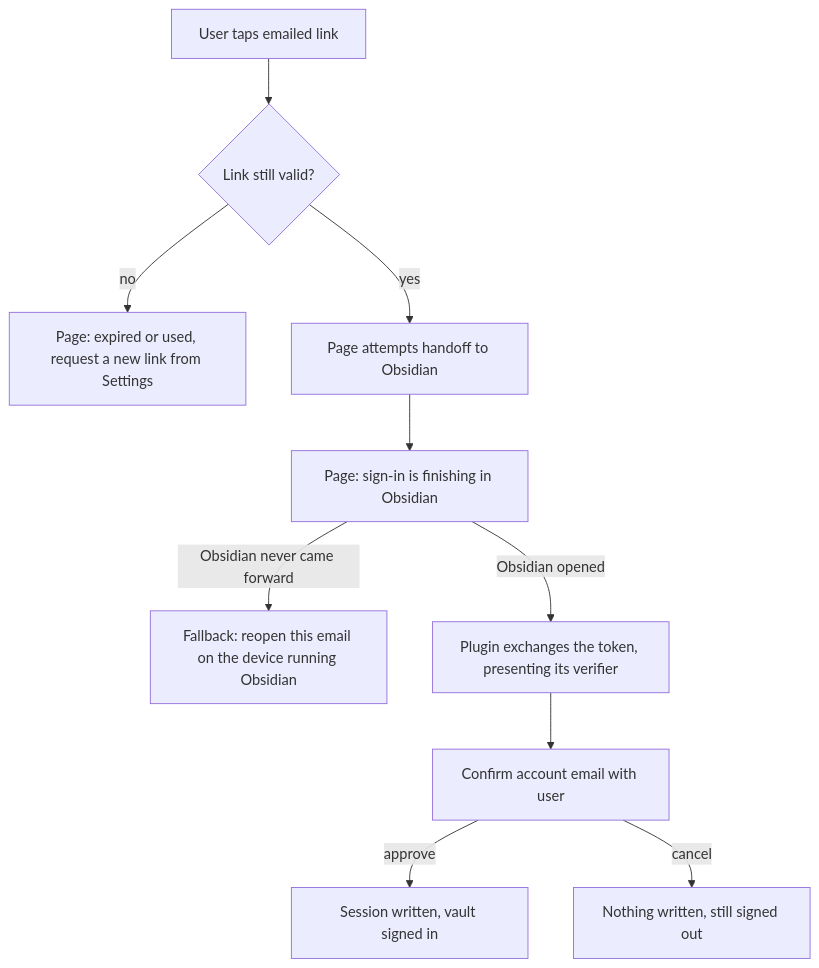
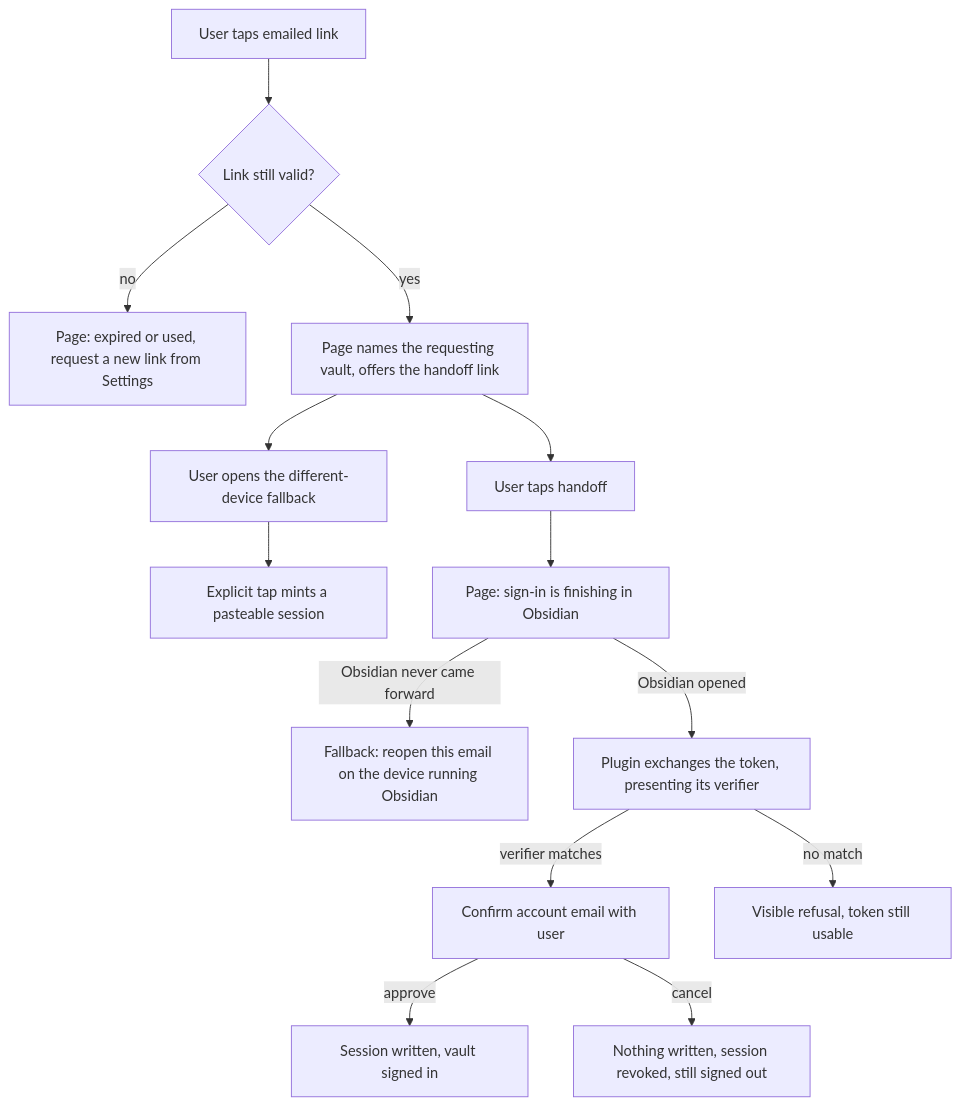
The first of 3 diagrams in docs/plans/2026-08-05-240-feat-magic-link-plugin-handoff-plan.md (taihartman/obsidian-atoms), drawn with Mermaid before and after one commit. The commit also changed other lines of this file and 1 other file, not shown here.

````diff
--- a/docs/plans/2026-08-05-240-feat-magic-link-plugin-handoff-plan.md
+++ b/docs/plans/2026-08-05-240-feat-magic-link-plugin-handoff-plan.md
@@ -88,12 +97,16 @@
 ```mermaid
 flowchart TB
   A[User taps emailed link] --> B{Link still valid?}
   B -->|no| C[Page: expired or used, request a new link from Settings]
-  B -->|yes| D[Page attempts handoff to Obsidian]
-  D --> J[Page: sign-in is finishing in Obsidian]
+  B -->|yes| D[Page names the requesting vault, offers the handoff link]
+  D --> K[User taps handoff]
+  D --> L[User opens the different-device fallback]
+  L --> M[Explicit tap mints a pasteable session]
+  K --> J[Page: sign-in is finishing in Obsidian]
   J -->|Obsidian never came forward| E[Fallback: reopen this email on the device running Obsidian]
   J -->|Obsidian opened| F[Plugin exchanges the token, presenting its verifier]
-  F --> G[Confirm account email with user]
+  F -->|verifier matches| G[Confirm account email with user]
+  F -->|no match| N[Visible refusal, token still usable]
   G -->|approve| H[Session written, vault signed in]
-  G -->|cancel| I[Nothing written, still signed out]
+  G -->|cancel| I[Nothing written, session revoked, still signed out]
 ```
````
